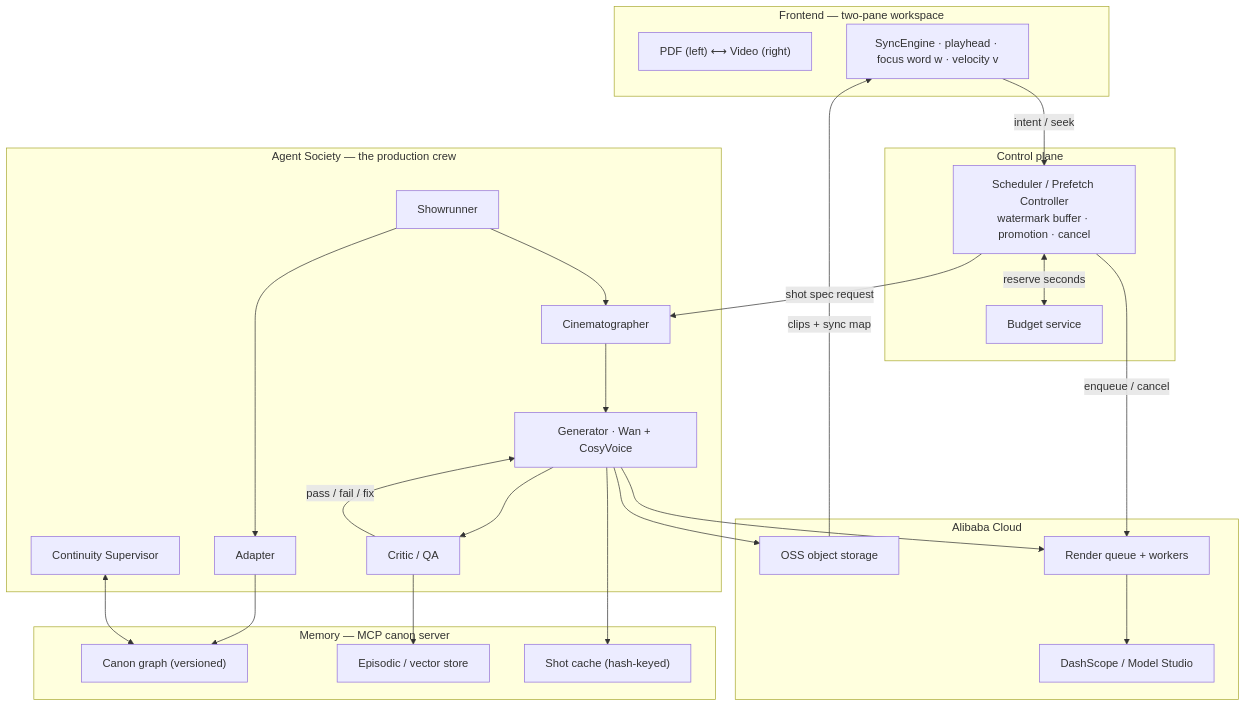
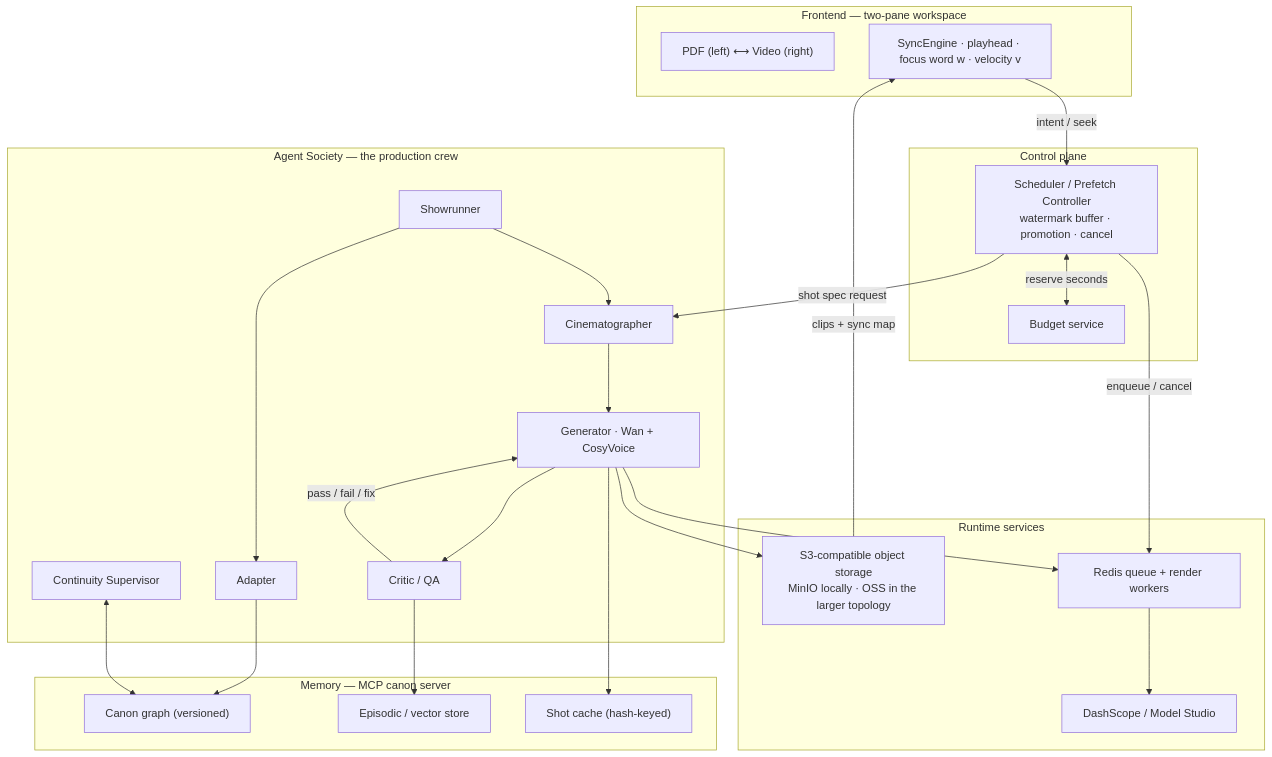
One commit to rishabhcli/kinora changed the diagram in README.md. Above: the diagram before and after it, drawn with Mermaid. The commit also changed other lines of this file and 334 other files, not shown here.

````diff
--- a/README.md
+++ b/README.md
@@ -90,42 +90,42 @@
 ```mermaid
 flowchart TB
     subgraph FE["Frontend — two-pane workspace"]
         WS["PDF (left) ⟷ Video (right)"]
         SE["SyncEngine · playhead · focus word w · velocity v"]
     end
     subgraph CTRL["Control plane"]
         SCHED["Scheduler / Prefetch Controller<br/>watermark buffer · promotion · cancel"]
         BUD["Budget service"]
     end
     subgraph CREW["Agent Society — the production crew"]
         SHOW["Showrunner"]
         ADAPT["Adapter"]
         CONT["Continuity Supervisor"]
         CINE["Cinematographer"]
         GEN["Generator · Wan + CosyVoice"]
         CRIT["Critic / QA"]
     end
     subgraph MEM["Memory — MCP canon server"]
         CANON["Canon graph (versioned)"]
         EPI["Episodic / vector store"]
         CACHE["Shot cache (hash-keyed)"]
     end
-    subgraph INFRA["Alibaba Cloud"]
+    subgraph INFRA["Runtime services"]
         DS["DashScope / Model Studio"]
-        OSS["OSS object storage"]
-        Q["Render queue + workers"]
+        OSS["S3-compatible object storage<br/>MinIO locally · OSS in the larger topology"]
+        Q["Redis queue + render workers"]
     end
     SE -->|"intent / seek"| SCHED
     SCHED <-->|"reserve seconds"| BUD
     SCHED -->|"shot spec request"| CINE
     SCHED -->|"enqueue / cancel"| Q
     SHOW --> ADAPT --> CANON
     SHOW --> CINE --> GEN --> CRIT
     CRIT -->|"pass / fail / fix"| GEN
     CRIT --> EPI
     CONT <--> CANON
     GEN --> CACHE
     GEN --> Q --> DS
     GEN --> OSS
     OSS -->|"clips + sync map"| SE
 ```
````
